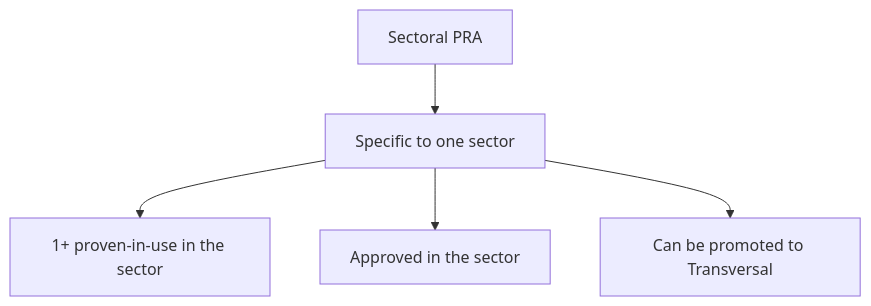
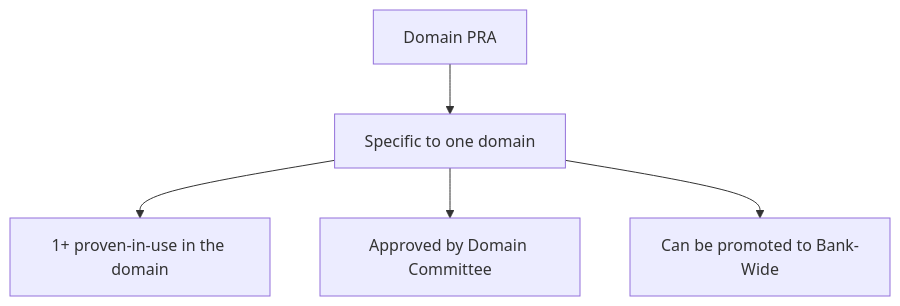
The second of 6 diagrams in site/content/en/guides/02-understanding-pra.md (KiyaliHQ/proven-reusable-architecture), drawn with Mermaid before and after one commit. The commit also changed other lines of this file and 1 other file, not shown here.

````diff
--- a/site/content/en/guides/02-understanding-pra.md
+++ b/site/content/en/guides/02-understanding-pra.md
@@ -116,7 +116,7 @@
 ```mermaid
 graph TD
-    A[Sectoral PRA] --> B[Specific to one sector]
-    B --> C[1+ proven-in-use in the sector]
-    B --> D[Approved in the sector]
-    B --> E[Can be promoted to Transversal]
+    A[Domain PRA] --> B[Specific to one domain]
+    B --> C[1+ proven-in-use in the domain]
+    B --> D[Approved by Domain Committee]
+    B --> E[Can be promoted to Bank-Wide]
 ```
````
